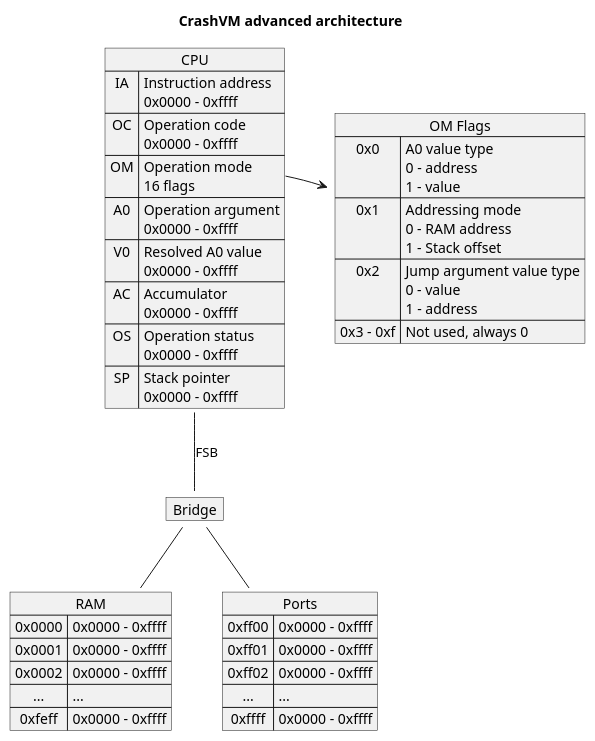
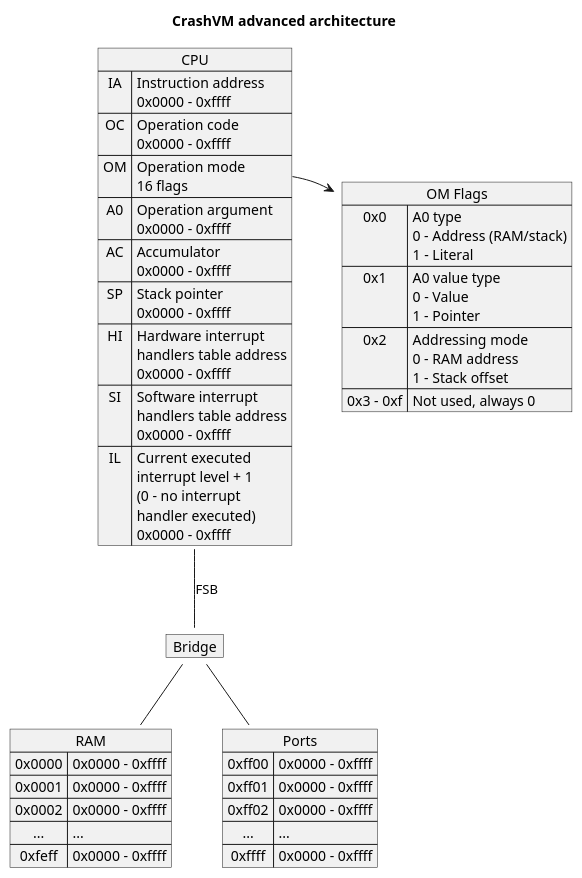
Before and after one commit to hypafrag/crash-vm: the third of 7 diagrams in doc/system.puml, drawn with PlantUML. The commit also changed other lines of this file and 8 other files, not shown here.

```diff
--- a/doc/system.puml
+++ b/doc/system.puml
@@ -57,46 +57,47 @@
 @startuml advanced_architecture
 title CrashVM advanced architecture
 
 map "OM Flags" as OMF {
-    0x0 => A0 value type\n0 - address\n1 - value
-    0x1 => Addressing mode\n0 - RAM address\n1 - Stack offset
-    0x2 => Jump argument value type\n0 - value\n1 - address
+    0x0 => A0 type\n0 - Address (RAM/stack)\n1 - Literal
+    0x1 => A0 value type\n0 - Value\n1 - Pointer
+    0x2 => Addressing mode\n0 - RAM address\n1 - Stack offset
     0x3 - 0xf => Not used, always 0
 }
 
 map CPU {
     IA => Instruction address\n0x0000 - 0xffff
     OC => Operation code\n0x0000 - 0xffff
     OM *-> OMF
     OM => Operation mode\n16 flags
     A0 => Operation argument\n0x0000 - 0xffff
-    V0 => Resolved A0 value\n0x0000 - 0xffff
     AC => Accumulator\n0x0000 - 0xffff
-    OS => Operation status\n0x0000 - 0xffff
     SP => Stack pointer\n0x0000 - 0xffff
+    HI => Hardware interrupt\nhandlers table address\n0x0000 - 0xffff
+    SI => Software interrupt\nhandlers table address\n0x0000 - 0xffff
+    IL => Current executed\ninterrupt level + 1\n(0 - no interrupt\nhandler executed)\n0x0000 - 0xffff
 }
 
 map Bridge {
 }
 
 map RAM {
     0x0000 => 0x0000 - 0xffff
     0x0001 => 0x0000 - 0xffff
     0x0002 => 0x0000 - 0xffff
     ... => ...
     0xfeff => 0x0000 - 0xffff
 }
 
 map Ports {
     0xff00 => 0x0000 - 0xffff
     0xff01 => 0x0000 - 0xffff
     0xff02 => 0x0000 - 0xffff
     ... => ...
     0xffff => 0x0000 - 0xffff
 }
 
 CPU -- Bridge: FSB
 Bridge -- RAM
 Bridge -- Ports
 
 @enduml
```
